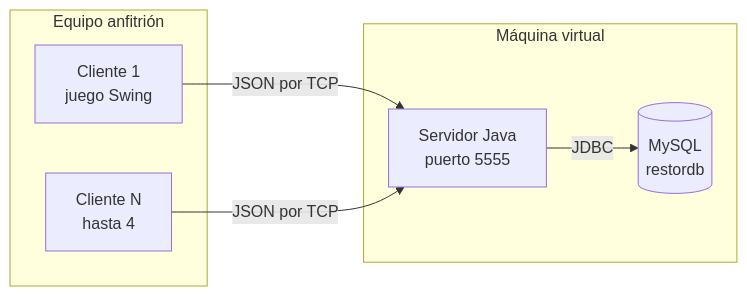
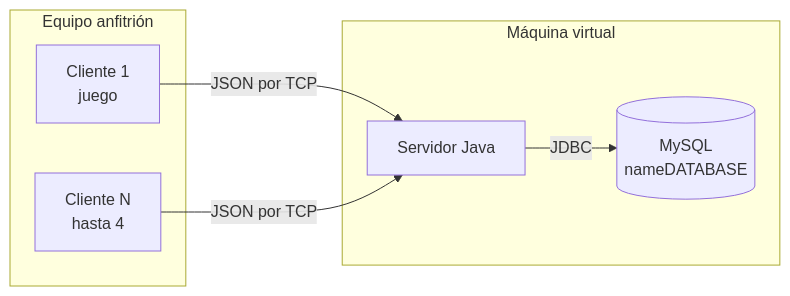
Before and after one commit to OttoLP/PCN-Multijugador: the diagram in README.md, drawn with Mermaid.

Commit message:
Cambios en informacion del diagrama
solo cambie el diagrama xd

````diff
--- a/README.md
+++ b/README.md
@@ -14,14 +14,14 @@
 ```mermaid
 flowchart LR
     subgraph HOST["Equipo anfitrión"]
-        C1["Cliente 1<br/>juego Swing"]
+        C1["Cliente 1<br/>juego "]
         C2["Cliente N<br/>hasta 4"]
     end
     subgraph VM["Máquina virtual"]
-        S["Servidor Java<br/>puerto 5555"]
-        DB[("MySQL<br/>restordb")]
+        S["Servidor Java<br/>"]
+        DB[("MySQL<br/>nameDATABASE")]
     end
     C1 -- "JSON por TCP" --> S
     C2 -- "JSON por TCP" --> S
     S -- JDBC --> DB
 ```
````
